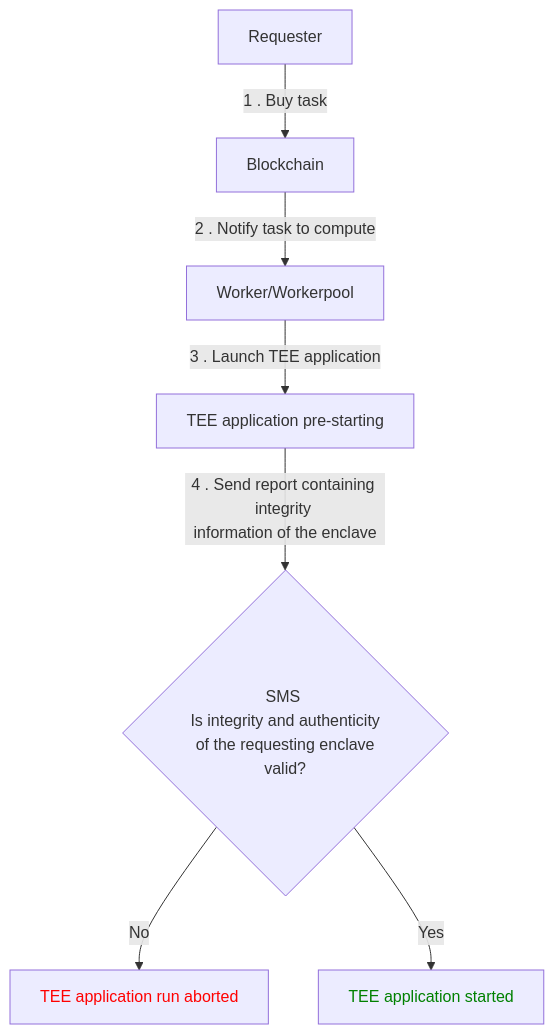
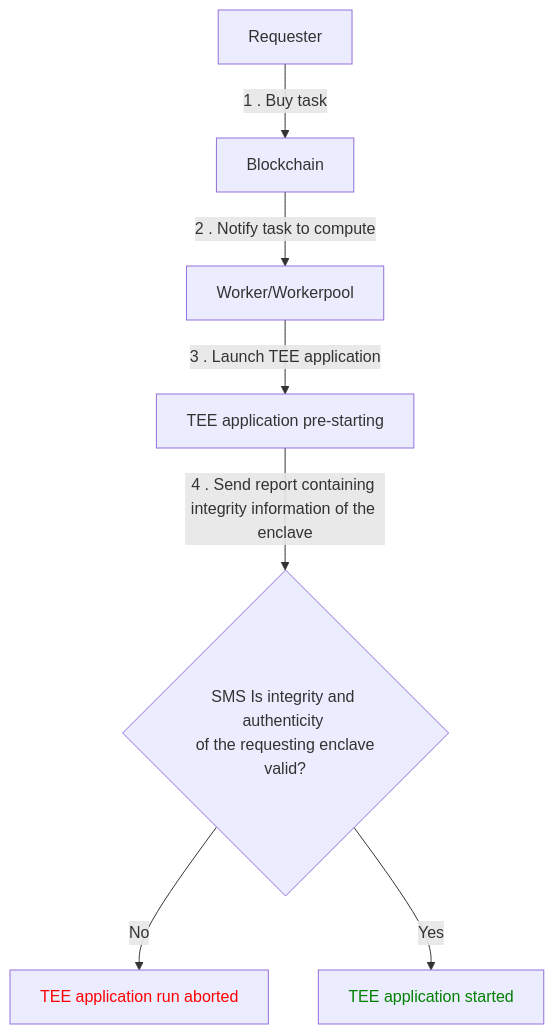
One commit to iExecBlockchainComputing/documentation-protocol changed the diagram in for-developers/confidential-computing/intel-sgx-technology.md. Above: the diagram before and after it, drawn with Mermaid. The commit also changed 8 other files, not shown here.

````diff
--- a/for-developers/confidential-computing/intel-sgx-technology.md
+++ b/for-developers/confidential-computing/intel-sgx-technology.md
@@ -36,12 +36,12 @@
 ```mermaid
 graph TD
     Req[Requester] --> |1 . Buy task| Chain
     Chain[Blockchain] --> |2 . Notify task to compute| Worker[Worker/Workerpool]
     Worker --> |3 . Launch TEE application| App[TEE application pre-starting]
-    App --> |4 . Send report containing integrity <br>information of the enclave| SMS{SMS <br> Is integrity and authenticity <br> of the requesting enclave valid?}
+    App --> |4 . Send report containing integrity information of the enclave | SMS{SMS Is integrity and authenticity <br> of the requesting enclave valid?}
     SMS --> |No| AppFailed[TEE application run aborted]
     SMS --> |Yes| AppStarted[TEE application started]
 
     style AppFailed color:red
     style AppStarted color:green
 ```
````
